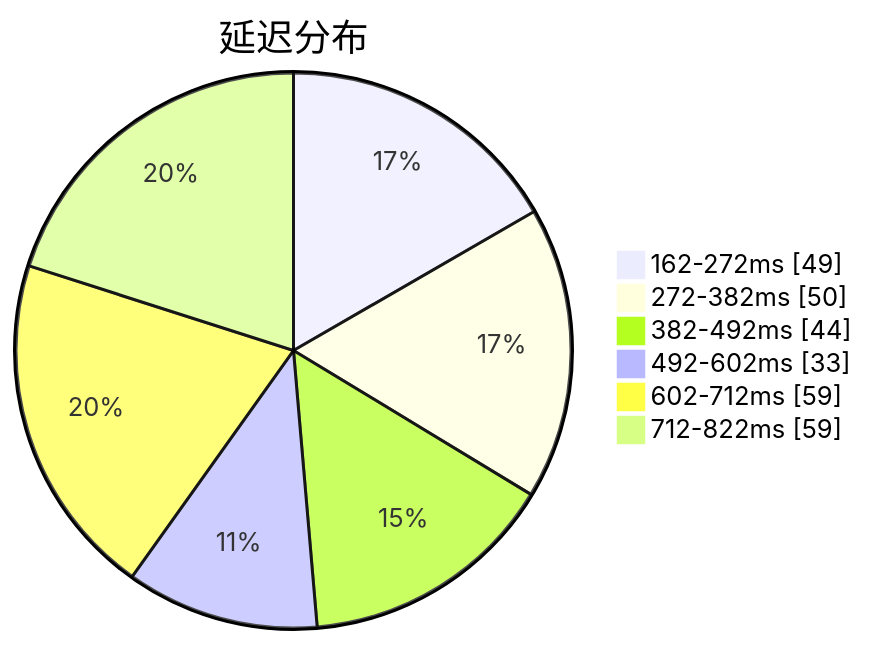
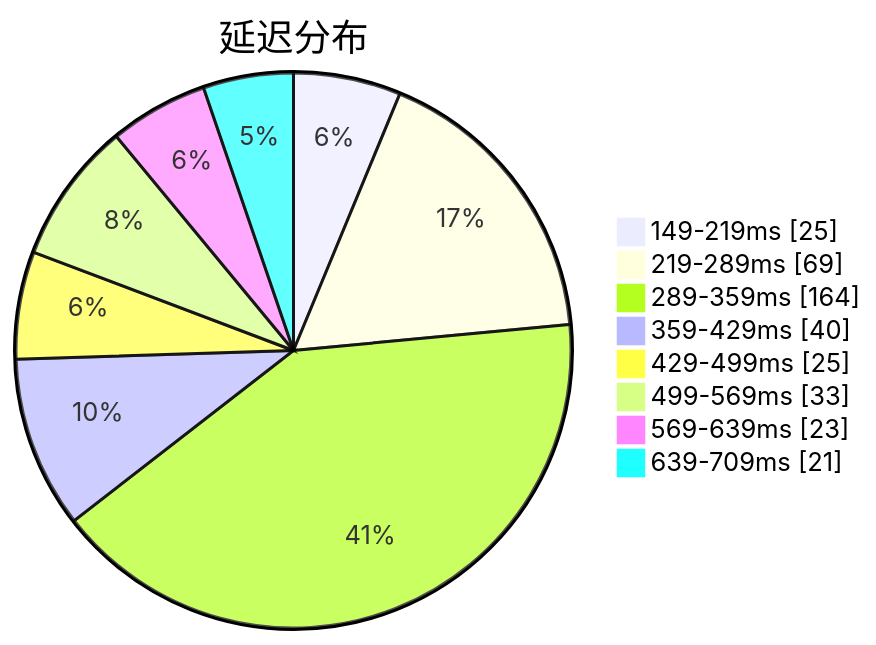
One commit to qjlxg/airport changed the first of 3 diagrams in subs/statistics/tested_within.md. Above: the diagram before and after it, drawn with Mermaid. The commit also changed other lines of this file and 2 other files, not shown here.

Commit message:
Tested by metaST

````diff
--- a/subs/statistics/tested_within.md
+++ b/subs/statistics/tested_within.md
@@ -2,10 +2,12 @@
 ```mermaid
 pie showData
 title 延迟分布
-"162-272ms" : 49
-"272-382ms" : 50
-"382-492ms" : 44
-"492-602ms" : 33
-"602-712ms" : 59
-"712-822ms" : 59
+"149-219ms" : 25
+"219-289ms" : 69
+"289-359ms" : 164
+"359-429ms" : 40
+"429-499ms" : 25
+"499-569ms" : 33
+"569-639ms" : 23
+"639-709ms" : 21
 ```
````
